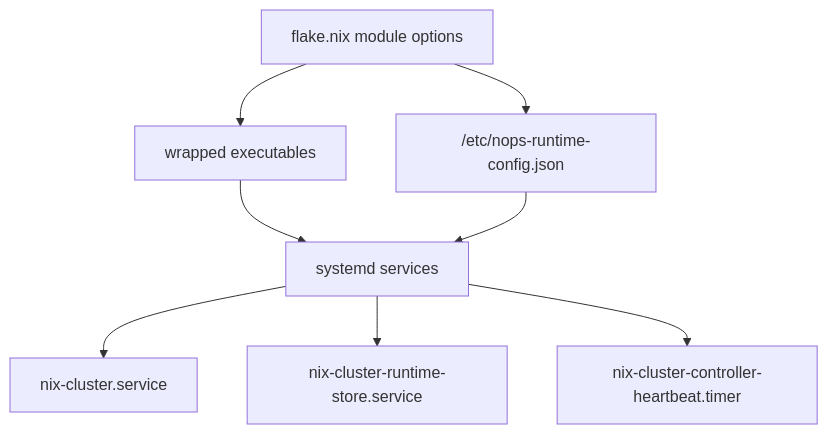
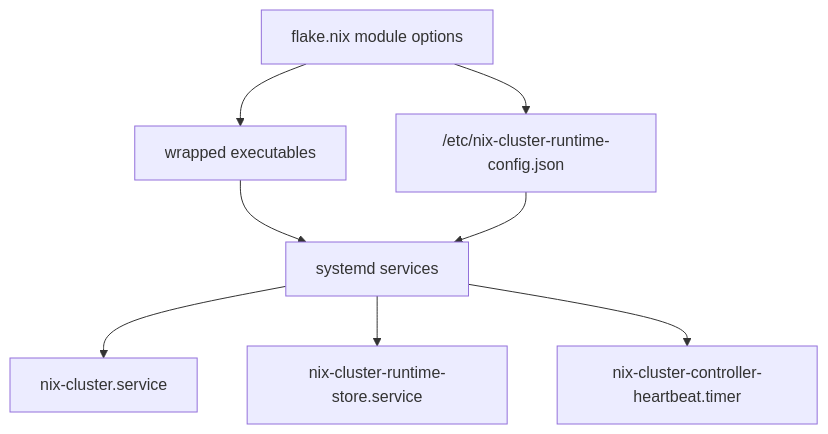
The seventh of 10 diagrams in docs/NIX-CLUSTER-ARCHITECTURE.md (MossTeK/nix-cluster), drawn with Mermaid before and after one commit. The commit also changed other lines of this file and 32 other files, not shown here.

Commit message:
chore: update nix-cluster

````diff
--- a/docs/NIX-CLUSTER-ARCHITECTURE.md
+++ b/docs/NIX-CLUSTER-ARCHITECTURE.md
@@ -381,10 +381,10 @@
 ```mermaid
 flowchart TD
     A["flake.nix module options"] --> B["wrapped executables"]
-    A --> C["/etc/nops-runtime-config.json"]
+    A --> C["/etc/nix-cluster-runtime-config.json"]
     B --> D["systemd services"]
     C --> D
     D --> E["nix-cluster.service"]
     D --> F["nix-cluster-runtime-store.service"]
     D --> G["nix-cluster-controller-heartbeat.timer"]
 ```
````
